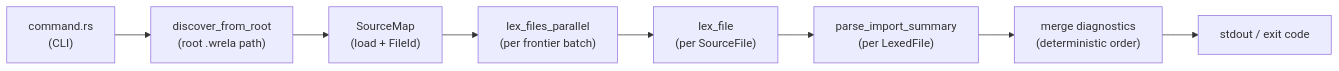
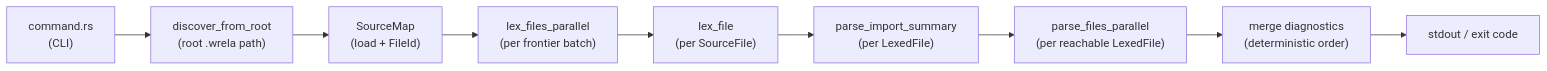
Before and after one commit to rywible/wrela4: the diagram in docs/design/compiler-pipeline.md, drawn with Mermaid. The commit also changed other lines of this file and 3 other files, not shown here.

````diff
--- a/docs/design/compiler-pipeline.md
+++ b/docs/design/compiler-pipeline.md
@@ -6,19 +6,21 @@
 ```mermaid
 flowchart LR
   CLI["command.rs\n(CLI)"]
   Root["discover_from_root\n(root .wrela path)"]
   Map["SourceMap\n(load + FileId)"]
   Batch["lex_files_parallel\n(per frontier batch)"]
   Lex["lex_file\n(per SourceFile)"]
   Import["parse_import_summary\n(per LexedFile)"]
+  Parse["parse_files_parallel\n(per reachable LexedFile)"]
   Merge["merge diagnostics\n(deterministic order)"]
   Out["stdout / exit code"]
 
   CLI --> Root
   Root --> Map
   Map --> Batch
   Batch --> Lex
   Lex --> Import
-  Import --> Merge
+  Import --> Parse
+  Parse --> Merge
   Merge --> Out
 ```
````
